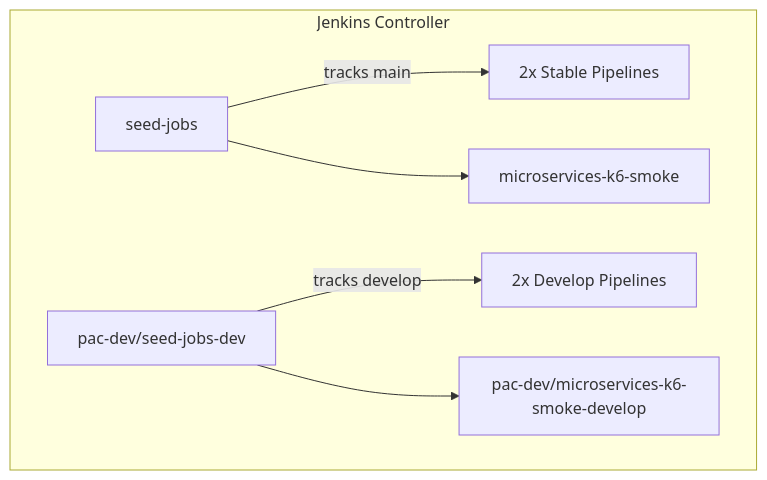
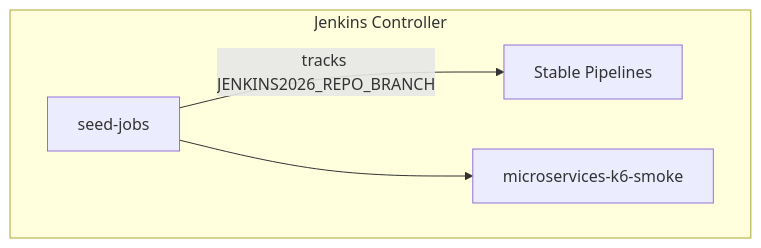
One commit to nubenetes/jenkins-2026 changed the fourth of 5 diagrams in README.md. Above: the diagram before and after it, drawn with Mermaid. The commit also changed other lines of this file and 15 other files, not shown here.

Commit message:
chore(ops): remove pac-dev sandbox and platform-engineer configurations in favor of unified dynamically mapped stable pipelines

````diff
--- a/README.md
+++ b/README.md
@@ -542,9 +515,7 @@
 ```mermaid
 graph TD
     subgraph "Jenkins Controller"
-        SJ[seed-jobs] --> |tracks main| SP[2x Stable Pipelines]
+        SJ[seed-jobs] --> |tracks JENKINS2026_REPO_BRANCH| SP[Stable Pipelines]
         SJ --> K6S[microservices-k6-smoke]
-        SJD[pac-dev/seed-jobs-dev] --> |tracks develop| DP[2x Develop Pipelines]
-        SJD --> K6D[pac-dev/microservices-k6-smoke-develop]
     end
 ```
````
